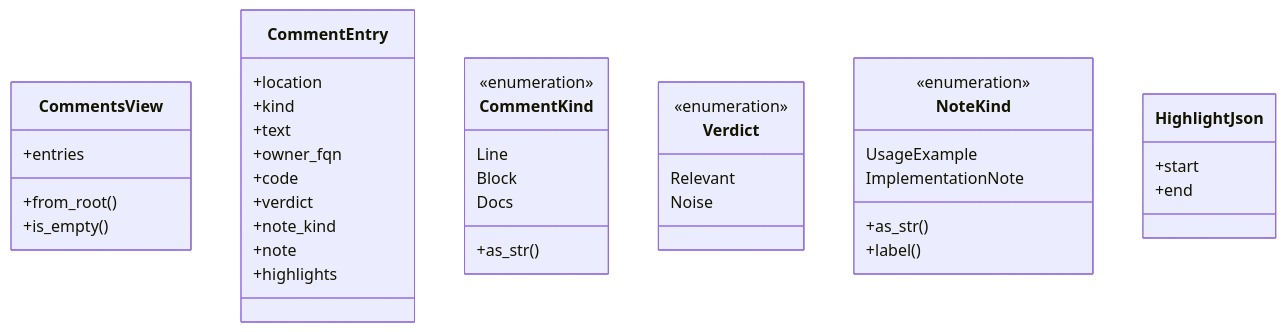
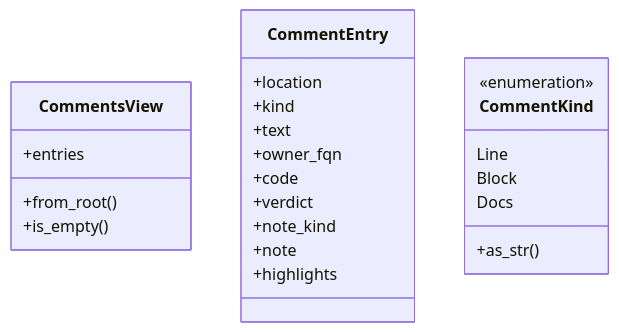
One commit to RyanGuild/self-describing-code changed the first of 3 diagrams in docs/self-model/robby_render/view/comments/index.md. Above: the diagram before and after it, drawn with Mermaid. The commit also changed other lines of this file and 747 other files, not shown here.

````diff
--- a/docs/self-model/robby_render/view/comments/index.md
+++ b/docs/self-model/robby_render/view/comments/index.md
@@ -14,42 +14,26 @@
 ```mermaid
 classDiagram
     class CommentsView {
         +entries
         +from_root()
         +is_empty()
     }
     class CommentEntry {
         +location
         +kind
         +text
         +owner_fqn
         +code
         +verdict
         +note_kind
         +note
         +highlights
     }
     class CommentKind {
         <<enumeration>>
         Line
         Block
         Docs
         +as_str()
     }
-    class Verdict {
-        <<enumeration>>
-        Relevant
-        Noise
-    }
-    class NoteKind {
-        <<enumeration>>
-        UsageExample
-        ImplementationNote
-        +as_str()
-        +label()
-    }
-    class HighlightJson {
-        +start
-        +end
-    }
 ```
````
